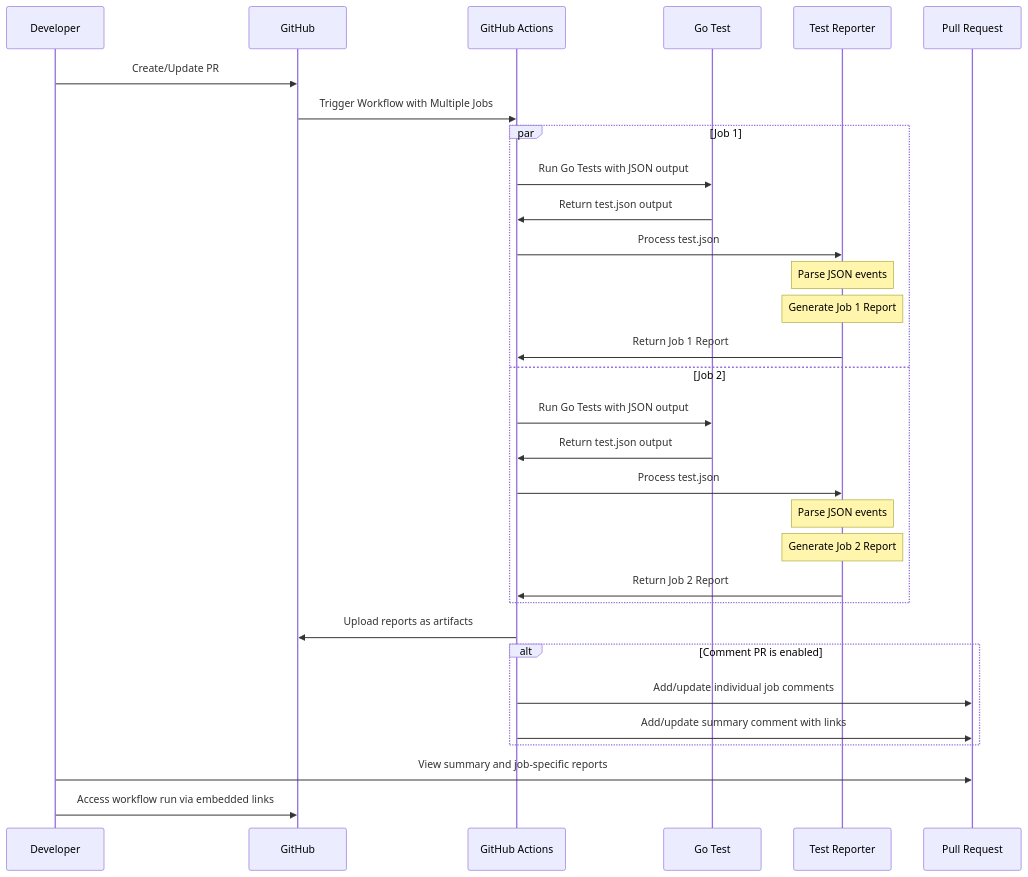
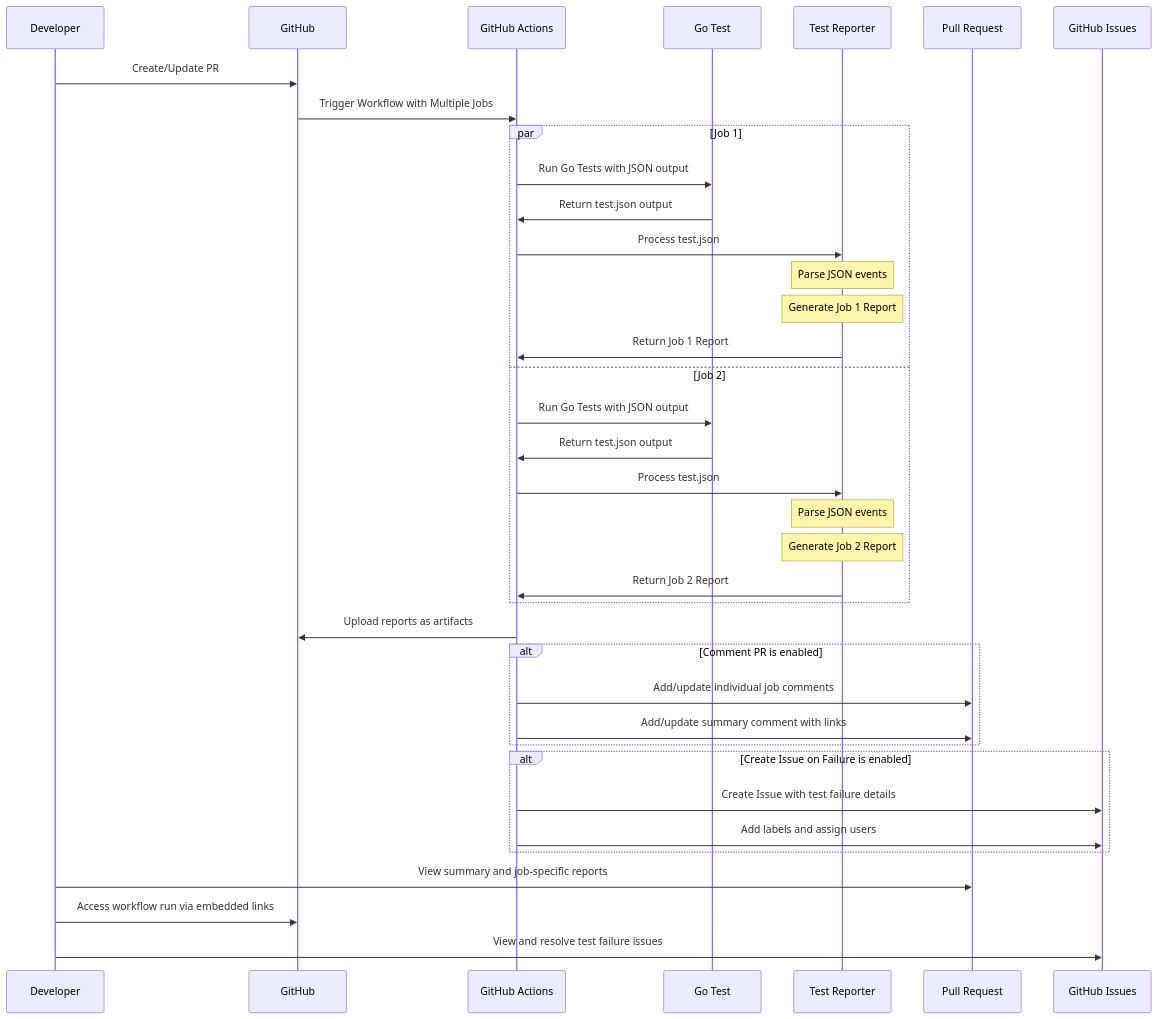
One commit to dipjyotimetia/gotest-report changed the diagram in README.md. Above: the diagram before and after it, drawn with Mermaid. The commit also changed other lines of this file and 1 other file, not shown here.

Commit message:
add automatic issue creation for test failures in README

````diff
--- a/README.md
+++ b/README.md
@@ -188,38 +215,45 @@
 ```mermaid
 sequenceDiagram
     participant D as Developer
     participant GH as GitHub
     participant GA as GitHub Actions
     participant GT as Go Test
     participant TR as Test Reporter
     participant PR as Pull Request
+    participant IS as GitHub Issues
     
     D->>GH: Create/Update PR
     GH->>GA: Trigger Workflow with Multiple Jobs
     
     par Job 1
         GA->>GT: Run Go Tests with JSON output
         GT->>GA: Return test.json output
         GA->>TR: Process test.json
         Note over TR: Parse JSON events
         Note over TR: Generate Job 1 Report
         TR->>GA: Return Job 1 Report
     and Job 2
         GA->>GT: Run Go Tests with JSON output
         GT->>GA: Return test.json output
         GA->>TR: Process test.json
         Note over TR: Parse JSON events
         Note over TR: Generate Job 2 Report
         TR->>GA: Return Job 2 Report
     end
     
     GA->>GH: Upload reports as artifacts
     
     alt Comment PR is enabled
         GA->>PR: Add/update individual job comments
         GA->>PR: Add/update summary comment with links
     end
     
+    alt Create Issue on Failure is enabled
+        GA->>IS: Create Issue with test failure details
+        GA->>IS: Add labels and assign users
+    end
+    
     D->>PR: View summary and job-specific reports
     D->>GH: Access workflow run via embedded links
+    D->>IS: View and resolve test failure issues
 ```
````
